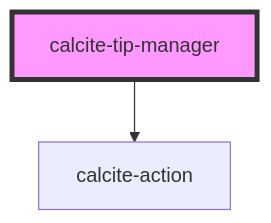
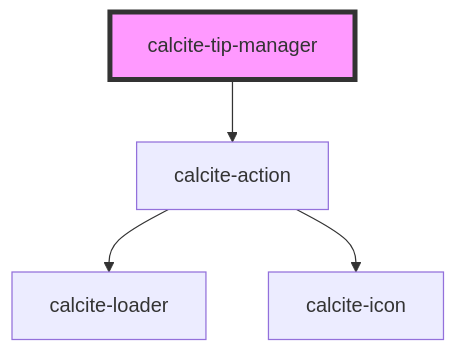
One commit to Esri/calcite-design-system changed the diagram in src/components/calcite-tip-manager/readme.md. Above: the diagram before and after it, drawn with Mermaid. The commit also changed 27 other files, not shown here.

````diff
--- a/src/components/calcite-tip-manager/readme.md
+++ b/src/components/calcite-tip-manager/readme.md
@@ -105,5 +105,7 @@
 ```mermaid
 graph TD;
   calcite-tip-manager --> calcite-action
+  calcite-action --> calcite-loader
+  calcite-action --> calcite-icon
   style calcite-tip-manager fill:#f9f,stroke:#333,stroke-width:4px
 ```
````
